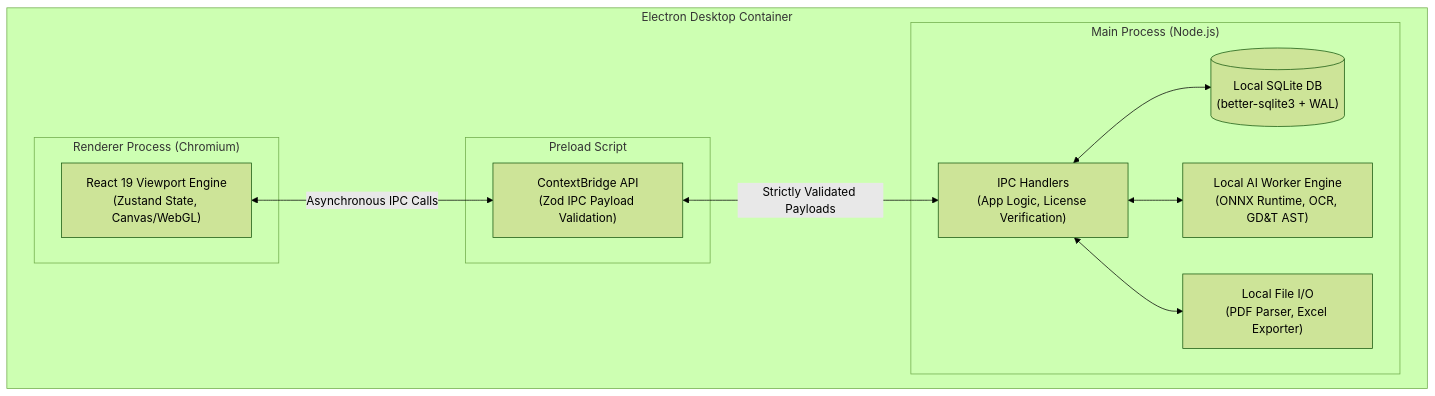
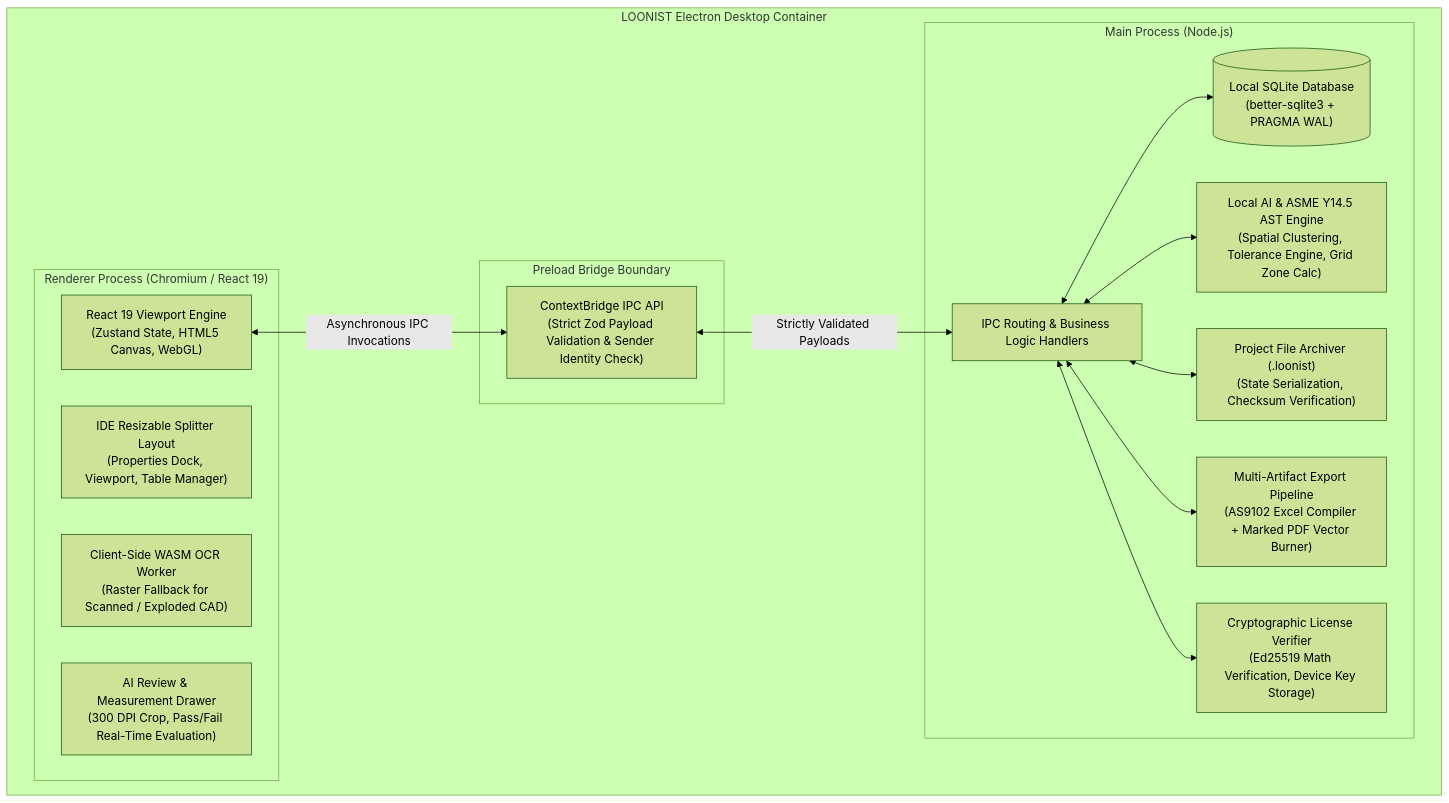
Before and after one commit to LoonistApp/Loonist: the second of 2 diagrams in Phase_2_High_Level_Design.md, drawn with Mermaid (forest theme). The commit also changed other lines of this file and 53 other files, not shown here.

````diff
--- a/Phase_2_High_Level_Design.md
+++ b/Phase_2_High_Level_Design.md
@@ -57,28 +59,35 @@
 ```mermaid
 flowchart TD
-    subgraph Electron ["Electron Desktop Container"]
+    subgraph Electron ["LOONIST Electron Desktop Container"]
         
-        subgraph Renderer ["Renderer Process (Chromium)"]
-            ReactUI["React 19 Viewport Engine\n(Zustand State, Canvas/WebGL)"]
+        subgraph Renderer ["Renderer Process (Chromium / React 19)"]
+            ReactUI["React 19 Viewport Engine\n(Zustand State, HTML5 Canvas, WebGL)"]
+            SplitterLayout["IDE Resizable Splitter Layout\n(Properties Dock, Viewport, Table Manager)"]
+            WasmOCRWorker["Client-Side WASM OCR Worker\n(Raster Fallback for Scanned / Exploded CAD)"]
+            ReviewDrawer["AI Review & Measurement Drawer\n(300 DPI Crop, Pass/Fail Real-Time Evaluation)"]
         end
 
-        subgraph Preload ["Preload Script"]
-            ContextBridge["ContextBridge API\n(Zod IPC Payload Validation)"]
+        subgraph Preload ["Preload Bridge Boundary"]
+            ContextBridge["ContextBridge IPC API\n(Strict Zod Payload Validation & Sender Identity Check)"]
         end
 
         subgraph MainProcess ["Main Process (Node.js)"]
-            IPC_Handlers["IPC Handlers\n(App Logic, License Verification)"]
-            LocalDB[("Local SQLite DB\n(better-sqlite3 + WAL)")]
-            AI_Engine["Local AI Worker Engine\n(ONNX Runtime, OCR, GD&T AST)"]
-            File_IO["Local File I/O\n(PDF Parser, Excel Exporter)"]
+            IPC_Handlers["IPC Routing & Business Logic Handlers"]
+            LocalDB[("Local SQLite Database\n(better-sqlite3 + PRAGMA WAL)")]
+            AI_Engine["Local AI & ASME Y14.5 AST Engine\n(Spatial Clustering, Tolerance Engine, Grid Zone Calc)"]
+            ProjectArchiver["Project File Archiver (.loonist)\n(State Serialization, Checksum Verification)"]
+            ExportEngine["Multi-Artifact Export Pipeline\n(AS9102 Excel Compiler + Marked PDF Vector Burner)"]
+            LicenseVerifier["Cryptographic License Verifier\n(Ed25519 Math Verification, Device Key Storage)"]
         end
 
     end
 
-    ReactUI <-->|Asynchronous IPC Calls| ContextBridge
+    ReactUI <-->|Asynchronous IPC Invocations| ContextBridge
     ContextBridge <-->|Strictly Validated Payloads| IPC_Handlers
     
     IPC_Handlers <--> LocalDB
     IPC_Handlers <--> AI_Engine
-    IPC_Handlers <--> File_IO
+    IPC_Handlers <--> ProjectArchiver
+    IPC_Handlers <--> ExportEngine
+    IPC_Handlers <--> LicenseVerifier
 ```
````
